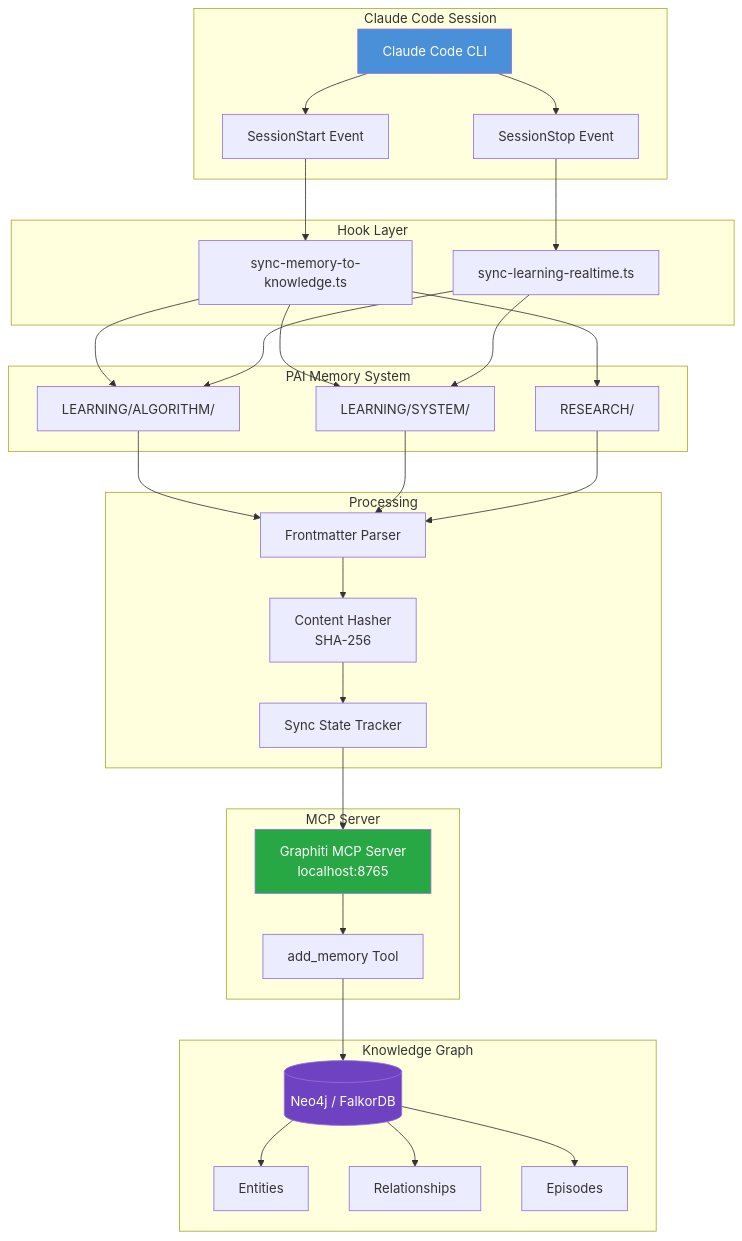
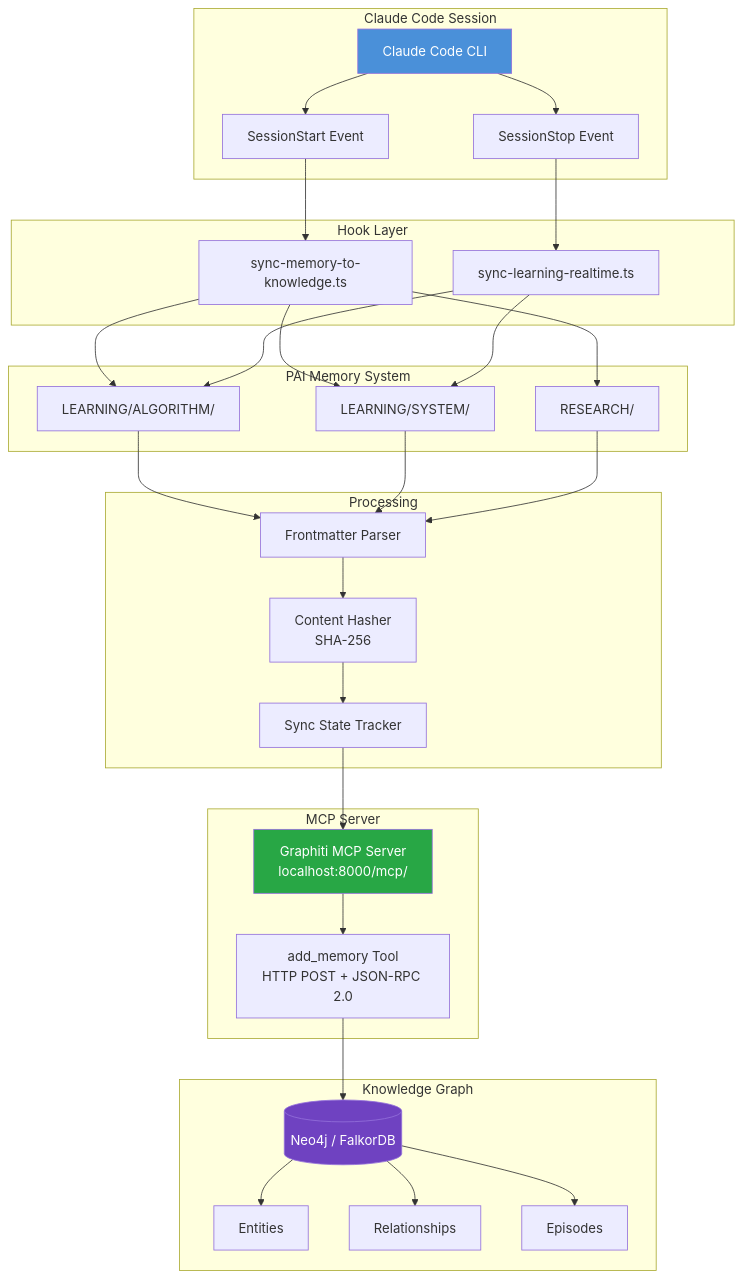
One commit to madeinoz67/madeinoz-knowledge-system changed the first of 3 diagrams in docs/concepts/hooks-integration.md. Above: the diagram before and after it, drawn with Mermaid. The commit also changed other lines of this file and 11 other files, not shown here.

````diff
--- a/docs/concepts/hooks-integration.md
+++ b/docs/concepts/hooks-integration.md
@@ -24,66 +24,66 @@
 ```mermaid
 graph TB
     subgraph "Claude Code Session"
         CC[Claude Code CLI]
         SS[SessionStart Event]
         SP[SessionStop Event]
     end
 
     subgraph "Hook Layer"
         H1[sync-memory-to-knowledge.ts]
         H2[sync-learning-realtime.ts]
     end
 
     subgraph "PAI Memory System"
         M1[LEARNING/ALGORITHM/]
         M2[LEARNING/SYSTEM/]
         M3[RESEARCH/]
     end
 
     subgraph "Processing"
         FP[Frontmatter Parser]
         CH[Content Hasher<br/>SHA-256]
         ST[Sync State Tracker]
     end
 
     subgraph "MCP Server"
-        MCP[Graphiti MCP Server<br/>localhost:8765]
-        API[add_memory Tool]
+        MCP[Graphiti MCP Server<br/>localhost:8000/mcp/]
+        API[add_memory Tool<br/>HTTP POST + JSON-RPC 2.0]
     end
 
     subgraph "Knowledge Graph"
         DB[(Neo4j / FalkorDB)]
         ENT[Entities]
         REL[Relationships]
         EPI[Episodes]
     end
 
     CC --> SS
     CC --> SP
     SS --> H1
     SP --> H2
 
     H1 --> M1
     H1 --> M2
     H1 --> M3
     H2 --> M1
     H2 --> M2
 
     M1 --> FP
     M2 --> FP
     M3 --> FP
 
     FP --> CH
     CH --> ST
     ST --> MCP
     MCP --> API
     API --> DB
 
     DB --> ENT
     DB --> REL
     DB --> EPI
 
     style CC fill:#4a90d9,color:#fff
     style MCP fill:#28a745,color:#fff
     style DB fill:#6f42c1,color:#fff
 ```
````
